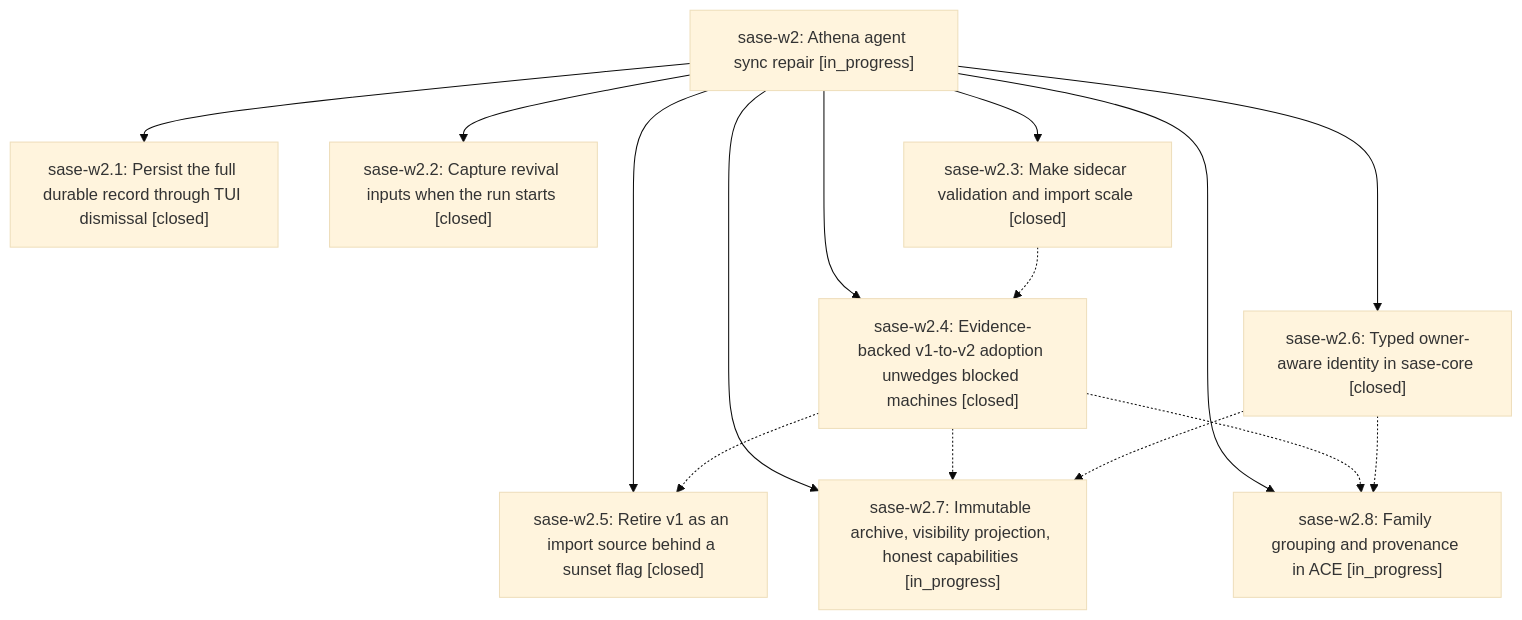
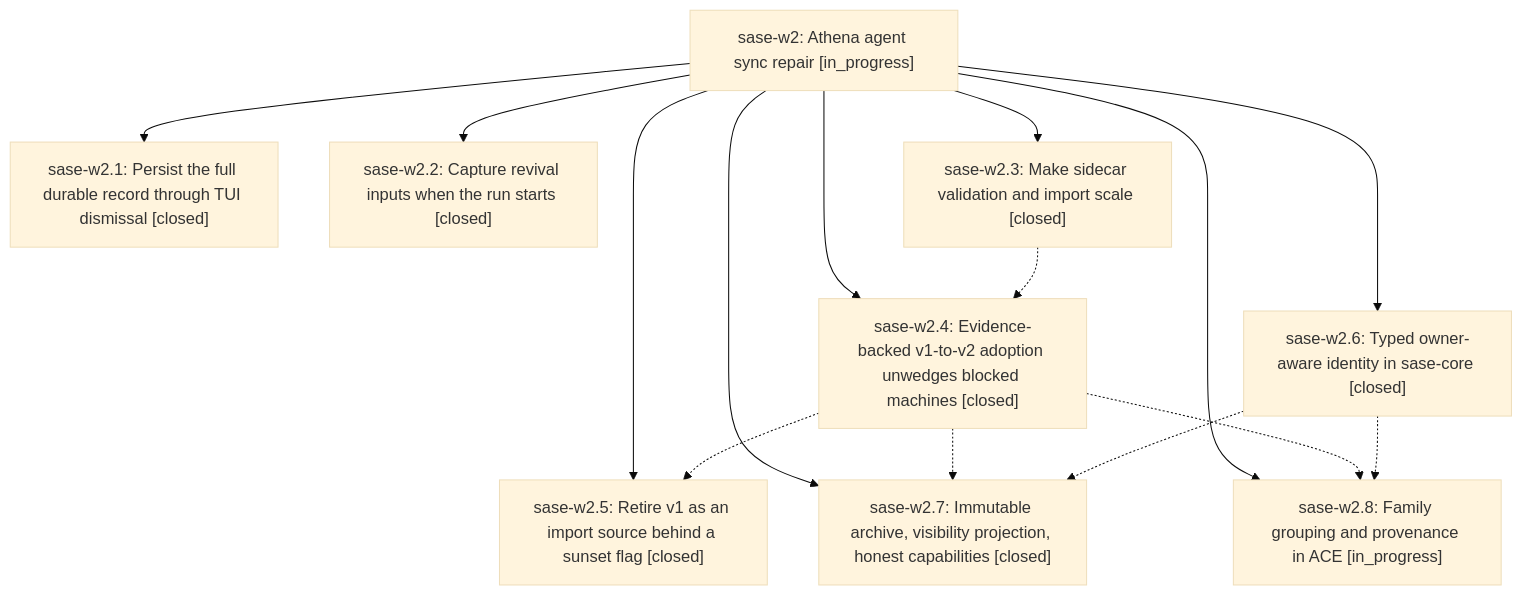
Before and after one commit to sase-org/sase--beads: the diagram in pages/sase-w2/README.md, drawn with Mermaid (base theme). The commit also changed other lines of this file and 3 other files, not shown here.

````diff
--- a/pages/sase-w2/README.md
+++ b/pages/sase-w2/README.md
@@ -41,26 +41,26 @@
 ```mermaid
 flowchart TD
     n0["sase-w2: Athena agent sync repair [in_progress]"]
     n1["sase-w2.1: Persist the full durable record through TUI dismissal [closed]"]
     n2["sase-w2.2: Capture revival inputs when the run starts [closed]"]
     n3["sase-w2.3: Make sidecar validation and import scale [closed]"]
     n4["sase-w2.4: Evidence-backed v1-to-v2 adoption unwedges blocked machines [closed]"]
     n5["sase-w2.5: Retire v1 as an import source behind a sunset flag [closed]"]
     n6["sase-w2.6: Typed owner-aware identity in sase-core [closed]"]
-    n7["sase-w2.7: Immutable archive, visibility projection, honest capabilities [in_progress]"]
+    n7["sase-w2.7: Immutable archive, visibility projection, honest capabilities [closed]"]
     n8["sase-w2.8: Family grouping and provenance in ACE [in_progress]"]
     n0 --> n1
     n0 --> n2
     n0 --> n3
     n0 --> n4
     n0 --> n5
     n0 --> n6
     n0 --> n7
     n0 --> n8
     n3 -.-> n4
     n4 -.-> n5
     n4 -.-> n7
     n4 -.-> n8
     n6 -.-> n7
     n6 -.-> n8
 ```
````
